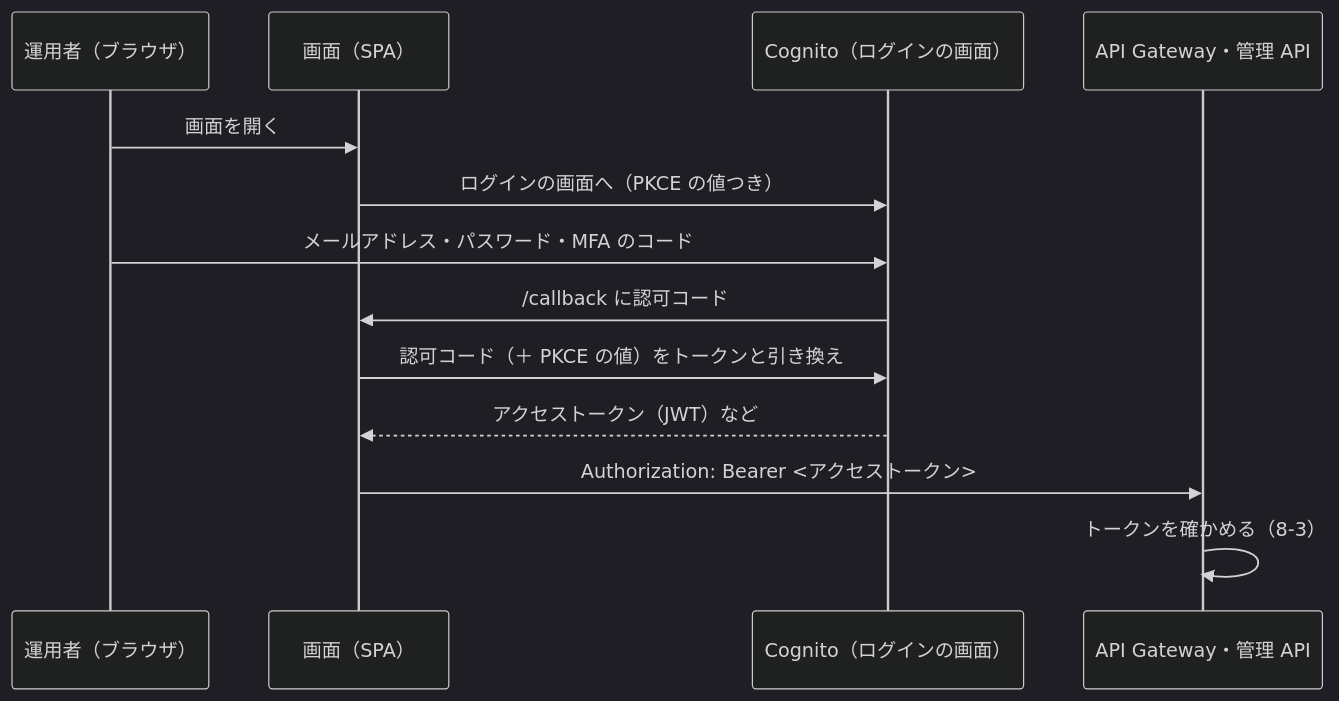
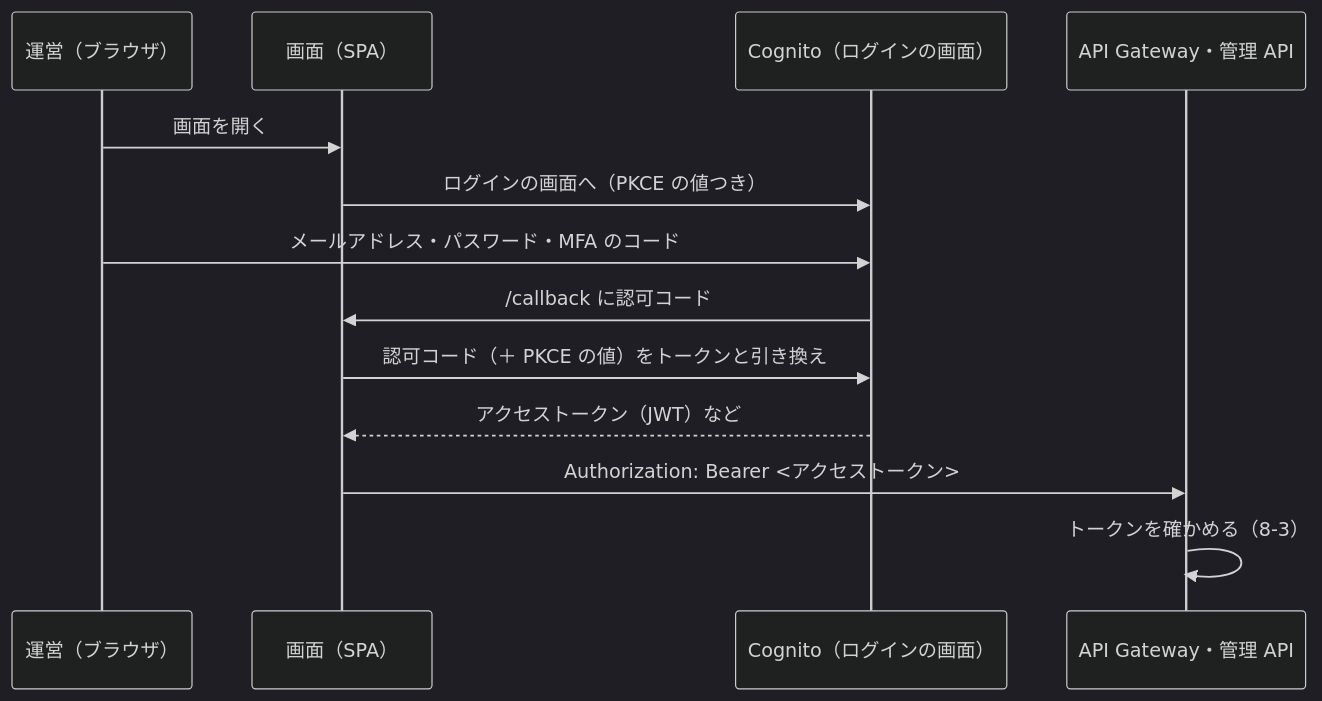
The diagram in 08-aws/04-cognito.md (duwenji/yorisoi-tutorial), drawn with Mermaid (dark theme) before and after one commit. The commit also changed other lines of this file and 62 other files, not shown here.

````diff
--- a/08-aws/04-cognito.md
+++ b/08-aws/04-cognito.md
@@ -133,15 +135,15 @@
 ```mermaid
 sequenceDiagram
-    participant U as 運用者（ブラウザ）
+    participant U as 運営（ブラウザ）
     participant S as 画面（SPA）
     participant C as Cognito（ログインの画面）
     participant A as API Gateway・管理 API
     U->>S: 画面を開く
     S->>C: ログインの画面へ（PKCE の値つき）
     U->>C: メールアドレス・パスワード・MFA のコード
     C->>S: /callback に認可コード
     S->>C: 認可コード（＋ PKCE の値）をトークンと引き換え
     C-->>S: アクセストークン（JWT）など
     S->>A: Authorization: Bearer <アクセストークン>
     A->>A: トークンを確かめる（8-3）
 ```
````
